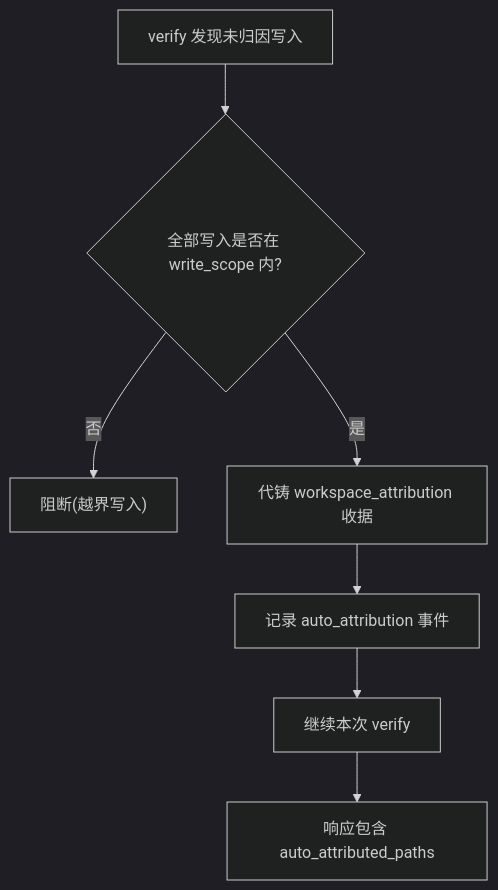
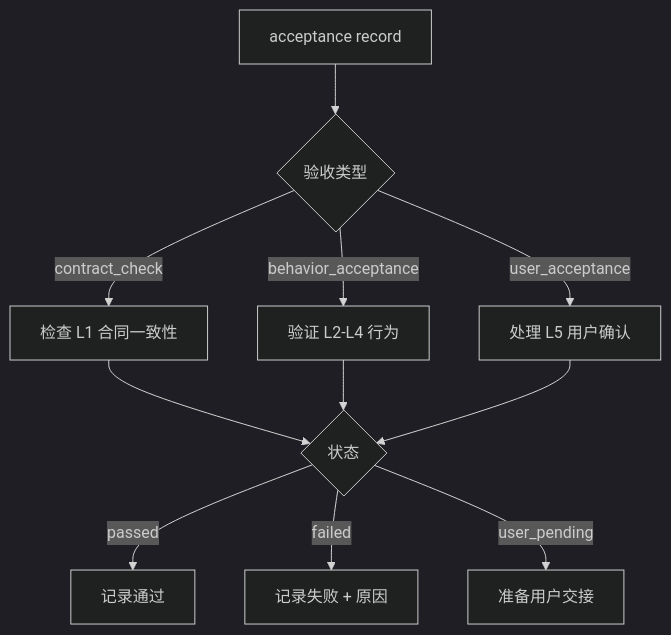
One commit to HackSing/docs-harness changed the seventh of 9 diagrams in .qoder/repowiki/zh/content/证据系统/证据系统.md. Above: the diagram before and after it, drawn with Mermaid (dark theme). The commit also changed other lines of this file and 42 other files, not shown here.

````diff
--- a/.qoder/repowiki/zh/content/证据系统/证据系统.md
+++ b/.qoder/repowiki/zh/content/证据系统/证据系统.md
@@ -289,9 +247,13 @@
 ```mermaid
 flowchart TD
-S["verify 发现未归因写入"] --> CheckScope{"全部写入是否在 write_scope 内?"}
-CheckScope --> |否| Block["阻断(越界写入)"]
-CheckScope --> |是| AutoAttrib["代铸 workspace_attribution 收据"]
-AutoAttrib --> Event["记录 auto_attribution 事件"]
-Event --> Continue["继续本次 verify"]
-Continue --> Response["响应包含 auto_attributed_paths"]
+A["acceptance record"] --> B{"验收类型"}
+B --> |contract_check| C["检查 L1 合同一致性"]
+B --> |behavior_acceptance| D["验证 L2-L4 行为"]
+B --> |user_acceptance| E["处理 L5 用户确认"]
+C --> F{"状态"}
+D --> F
+E --> F
+F --> |passed| G["记录通过"]
+F --> |failed| H["记录失败 + 原因"]
+F --> |user_pending| I["准备用户交接"]
 ```
````
